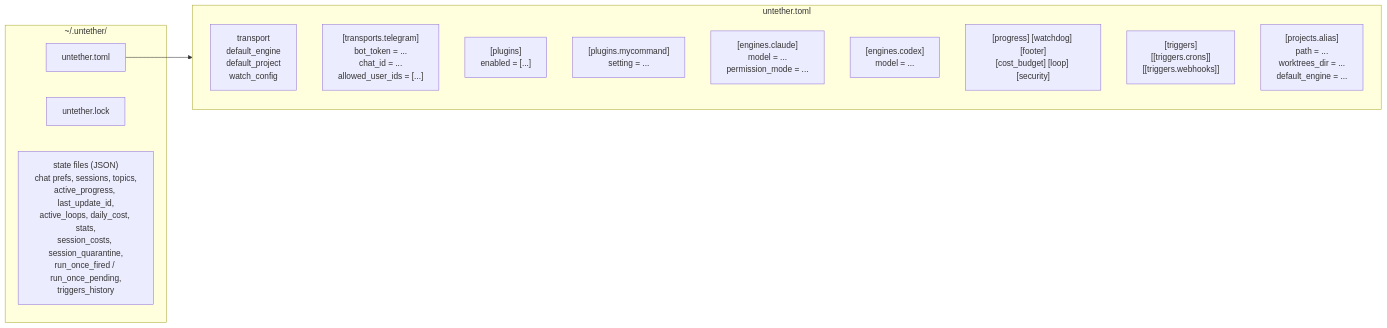
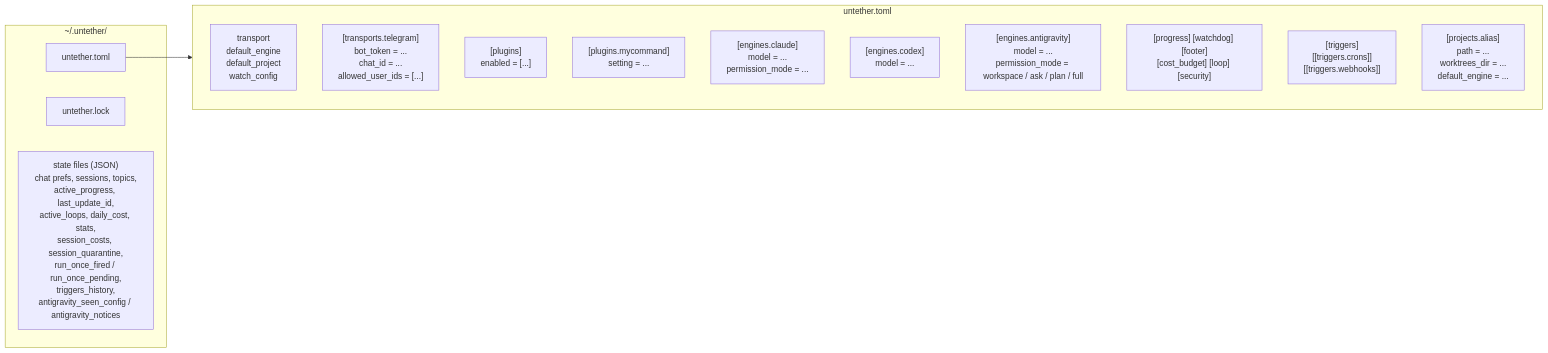
Before and after one commit to littlebearapps/untether: the eighth of 9 diagrams in docs/explanation/architecture.md, drawn with Mermaid. The commit also changed 69 other files, not shown here.

````diff
--- a/docs/explanation/architecture.md
+++ b/docs/explanation/architecture.md
@@ -388,23 +388,24 @@
 ```mermaid
 flowchart LR
     subgraph Config["~/.untether/"]
         toml[untether.toml]
         lock[untether.lock]
-        state["state files (JSON)<br/>chat prefs, sessions, topics,<br/>active_progress, last_update_id,<br/>active_loops, daily_cost, stats,<br/>session_costs, session_quarantine,<br/>run_once_fired / run_once_pending,<br/>triggers_history"]
+        state["state files (JSON)<br/>chat prefs, sessions, topics,<br/>active_progress, last_update_id,<br/>active_loops, daily_cost, stats,<br/>session_costs, session_quarantine,<br/>run_once_fired / run_once_pending,<br/>triggers_history,<br/>antigravity_seen_config / antigravity_notices"]
     end
 
     subgraph toml_contents["untether.toml"]
         direction TB
         global["transport<br/>default_engine<br/>default_project<br/>watch_config"]
         telegram_cfg["[transports.telegram]<br/>bot_token = ...<br/>chat_id = ...<br/>allowed_user_ids = [...]"]
         plugins_cfg["[plugins]<br/>enabled = [...]"]
         plugins_extra["[plugins.mycommand]<br/>setting = ..."]
         claude_cfg["[engines.claude]<br/>model = ...<br/>permission_mode = ..."]
         codex_cfg["[engines.codex]<br/>model = ..."]
+        agy_cfg["[engines.antigravity]<br/>model = ...<br/>permission_mode = workspace / ask / plan / full"]
         runtime_cfg["[progress] [watchdog] [footer]<br/>[cost_budget] [loop] [security]"]
         triggers_cfg["[triggers]<br/>[[triggers.crons]]<br/>[[triggers.webhooks]]"]
         projects_cfg["[projects.alias]<br/>path = ...<br/>worktrees_dir = ...<br/>default_engine = ..."]
     end
 
     toml --> toml_contents
 ```
````
